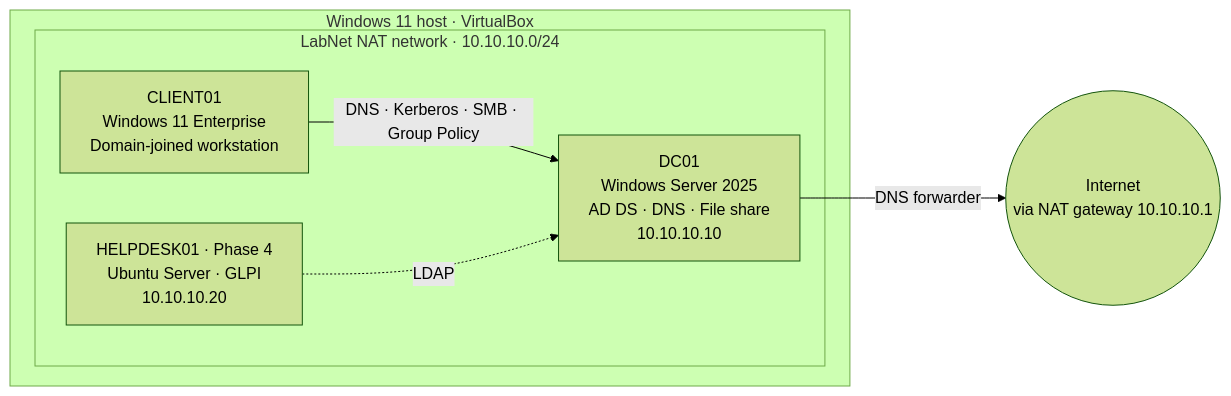
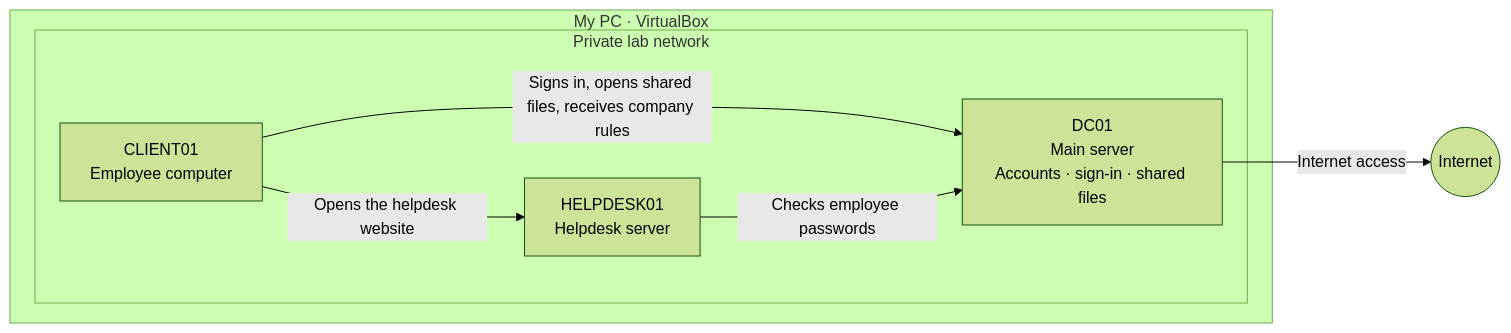
One commit to r8bhavneet/Corporate-IT-Helpdesk-Lab changed the diagram in README.md. Above: the diagram before and after it, drawn with Mermaid (forest theme). The commit also changed other lines of this file and 13 other files, not shown here.

````diff
--- a/README.md
+++ b/README.md
@@ -17,13 +25,14 @@
 ```mermaid
 flowchart LR
-    subgraph Host["Windows 11 host · VirtualBox"]
-        subgraph LabNet["LabNet NAT network · 10.10.10.0/24"]
-            DC01["DC01<br/>Windows Server 2025<br/>AD DS · DNS · File share<br/>10.10.10.10"]
-            CLIENT01["CLIENT01<br/>Windows 11 Enterprise<br/>Domain-joined workstation"]
-            HELPDESK01["HELPDESK01 · Phase 4<br/>Ubuntu Server · GLPI<br/>10.10.10.20"]
+    subgraph Host["My PC · VirtualBox"]
+        subgraph LabNet["Private lab network"]
+            DC01["DC01<br/>Main server<br/>Accounts · sign-in · shared files"]
+            CLIENT01["CLIENT01<br/>Employee computer"]
+            HELPDESK01["HELPDESK01<br/>Helpdesk server"]
         end
     end
-    CLIENT01 -- "DNS · Kerberos · SMB · Group Policy" --> DC01
-    HELPDESK01 -. "LDAP" .-> DC01
-    DC01 -- "DNS forwarder" --> Internet(("Internet<br/>via NAT gateway 10.10.10.1"))
+    CLIENT01 -- "Signs in, opens shared files, receives company rules" --> DC01
+    HELPDESK01 -- "Checks employee passwords" --> DC01
+    CLIENT01 -- "Opens the helpdesk website" --> HELPDESK01
+    DC01 -- "Internet access" --> Internet(("Internet"))
 ```
````
